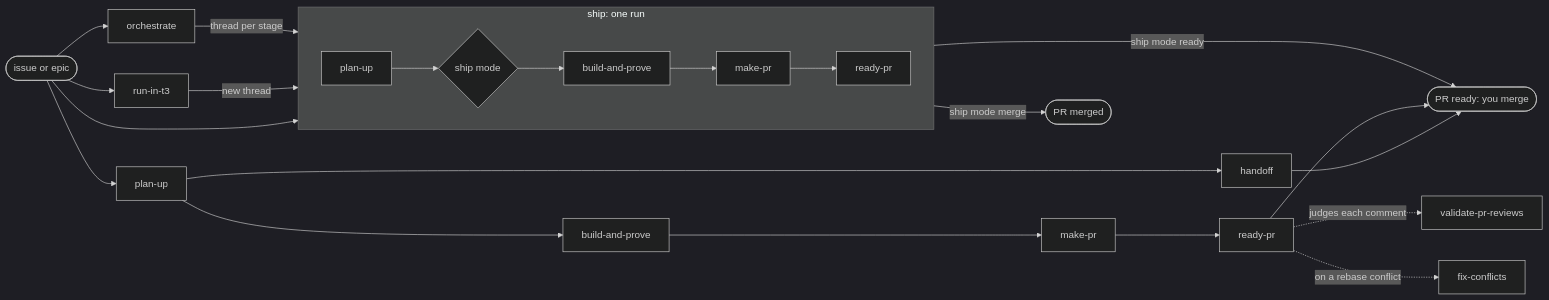
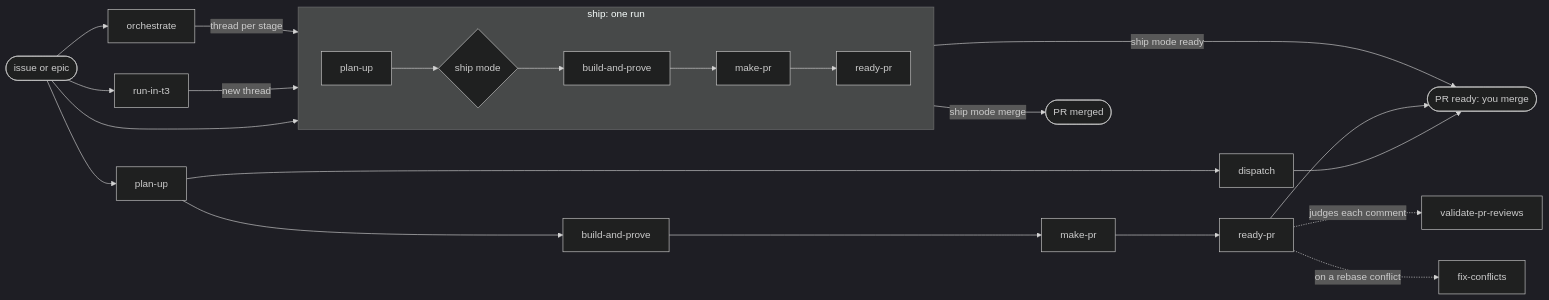
Before and after one commit to linhvu0711/skills: the second of 2 diagrams in README.md, drawn with Mermaid (dark theme). The commit also changed other lines of this file and 31 other files, not shown here.

First line of the commit message:
refactor(dispatch)!: rename handoff

````diff
--- a/README.md
+++ b/README.md
@@ -36,21 +36,21 @@
 ```mermaid
 flowchart LR
   ticket([issue or epic]) --> ship
   ticket --> kickofft3[run-in-t3]
   ticket --> orchestrate[orchestrate]
   ticket --> planup[plan-up]
   kickofft3 -->|new thread| ship
   orchestrate -->|thread per stage| ship
   subgraph ship [ship: one run]
     direction LR
     sp[plan-up] --> sm2{ship mode} --> sb[build-and-prove] --> sm[make-pr] --> sr[ready-pr]
   end
   planup --> bp[build-and-prove] --> makepr[make-pr] --> readypr[ready-pr]
-  planup --> ho[handoff]
+  planup --> ho[dispatch]
   ship -->|ship mode ready| done([PR ready: you merge])
   ship -->|ship mode merge| merged([PR merged])
   ho --> done
   readypr --> done
   readypr -.->|judges each comment| vpr[validate-pr-reviews]
   readypr -.->|on a rebase conflict| fc[fix-conflicts]
 ```
````
